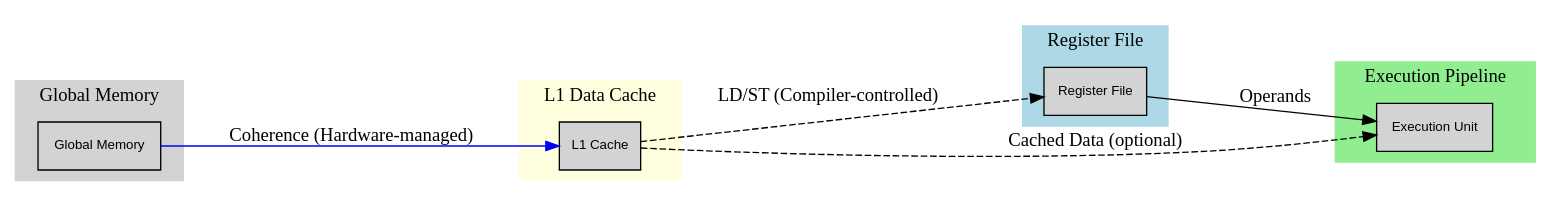
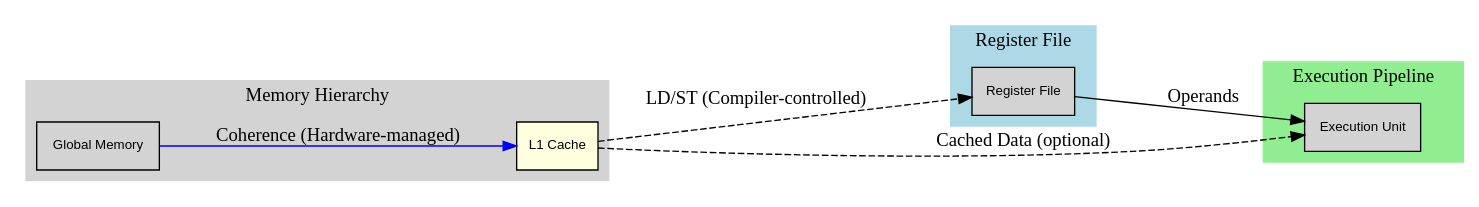
The third of 4 diagrams in source/gpu.rst (Jonathan2251/lbd), drawn with Graphviz before and after one commit. The commit also changed other lines of this file and 12 other files, not shown here.

```diff
--- a/source/gpu.rst
+++ b/source/gpu.rst
@@ -2688,39 +2690,33 @@
 .. graphviz::
 
    digraph TraditionalOperandDelivery {
      rankdir=LR;
      node [shape=box, style=filled, fontname="Helvetica", fontsize=10];
 
      subgraph cluster_memory {
-       label="Global Memory";
+       label="Memory Hierarchy";
        style=filled;
        color=lightgray;
        GMEM [label="Global Memory"];
-     }
-
-     subgraph cluster_cache {
-       label="L1 Data Cache";
-       style=filled;
-       color=lightyellow;
-       L1 [label="L1 Cache"];
+       L1 [label="L1 Cache", fillcolor=lightyellow];
      }
 
      subgraph cluster_registers {
        label="Register File";
        style=filled;
        color=lightblue;
        RF [label="Register File"];
      }
 
      subgraph cluster_execution {
        label="Execution Pipeline";
        style=filled;
        color=lightgreen;
        EU [label="Execution Unit"];
      }
 
      GMEM -> L1 [label="Coherence (Hardware-managed)", color=blue];
      L1 -> RF [label="LD/ST (Compiler-controlled)", style=dashed];
      RF -> EU [label="Operands"];
      L1 -> EU [label="Cached Data (optional)", style=dashed];
    }
```
